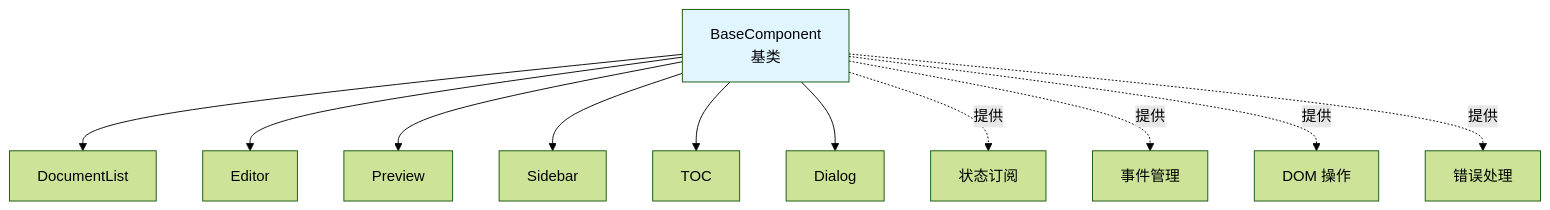
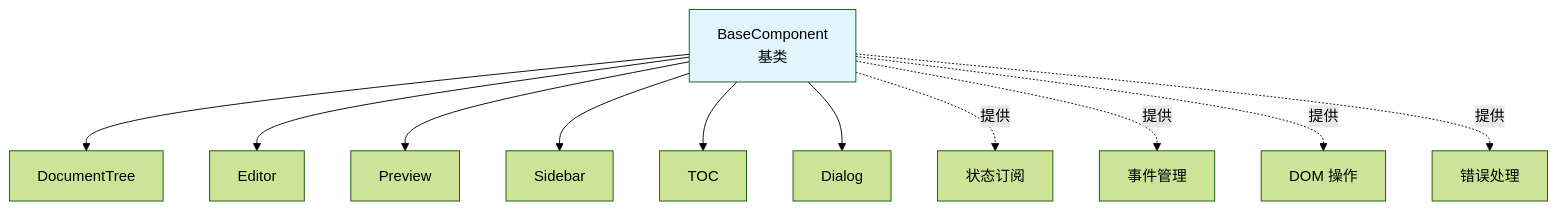
Before and after one commit to ZCShou/markdown: the third of 15 diagrams in docs/arch.md, drawn with Mermaid (forest theme). The commit also changed other lines of this file and 8 other files, not shown here.

Commit message:
refactor: rename DocumentList to DocumentTree for semantic clarity

````diff
--- a/docs/arch.md
+++ b/docs/arch.md
@@ -213,16 +213,16 @@
 ```mermaid
 graph TD
-    A[BaseComponent<br/>基类] --> B[DocumentList]
+    A[BaseComponent<br/>基类] --> B[DocumentTree]
     A --> C[Editor]
     A --> D[Preview]
     A --> E[Sidebar]
     A --> F[TOC]
     A --> G[Dialog]
     
     A -.提供.-> H[状态订阅]
     A -.提供.-> I[事件管理]
     A -.提供.-> J[DOM 操作]
     A -.提供.-> K[错误处理]
     
     style A fill:#e1f5ff
 ```
````
